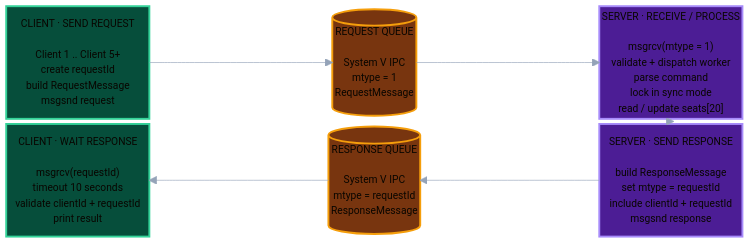
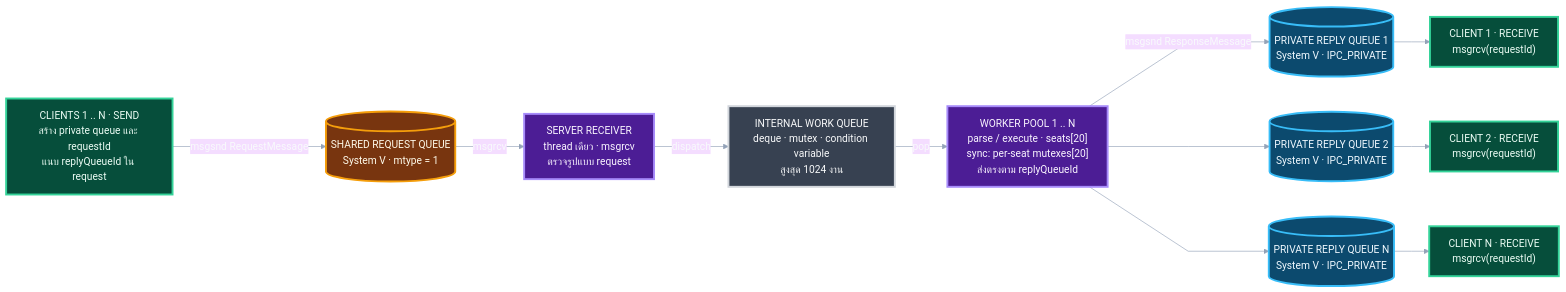
One commit to vixvify/airplane-booking changed the diagram in docs/architecture.md. Above: the diagram before and after it, drawn with Mermaid. The commit also changed other lines of this file and 17 other files, not shown here.

First line of the commit message:
Refactor IPC mechanism to use private reply queues for client responses

````diff
--- a/docs/architecture.md
+++ b/docs/architecture.md
@@ -9,30 +7,37 @@
 ```mermaid
-%%{init: {"theme": "base", "themeVariables": {"background": "#111827", "primaryTextColor": "#f8fafc", "lineColor": "#94a3b8", "fontFamily": "Arial"}}}%%
-block-beta
-    columns 5
+%%{init: {"theme": "base", "flowchart": {"curve": "linear", "nodeSpacing": 55, "rankSpacing": 55}, "themeVariables": {"background": "#111827", "primaryTextColor": "#f8fafc", "lineColor": "#94a3b8", "fontFamily": "Arial"}}}%%
+flowchart LR
+    SEND["CLIENTS 1 .. N · SEND<br/>สร้าง private queue และ requestId<br/>แนบ replyQueueId ใน request"]
+    REQUEST[("SHARED REQUEST QUEUE<br/>System V · mtype = 1")]
+    RECEIVER["SERVER RECEIVER<br/>thread เดียว · msgrcv<br/>ตรวจรูปแบบ request"]
+    WORK_QUEUE["INTERNAL WORK QUEUE<br/>deque · mutex · condition variable<br/>สูงสุด 1024 งาน"]
+    WORKERS["WORKER POOL 1 .. N<br/>parse / execute · seats[20]<br/>sync: per-seat mutexes[20]<br/>ส่งตรงตาม replyQueueId"]
+    Q1[("PRIVATE REPLY QUEUE 1<br/>System V · IPC_PRIVATE")]
+    Q2[("PRIVATE REPLY QUEUE 2<br/>System V · IPC_PRIVATE")]
+    QN[("PRIVATE REPLY QUEUE N<br/>System V · IPC_PRIVATE")]
+    C1["CLIENT 1 · RECEIVE<br/>msgrcv(requestId)"]
+    C2["CLIENT 2 · RECEIVE<br/>msgrcv(requestId)"]
+    CN["CLIENT N · RECEIVE<br/>msgrcv(requestId)"]
 
-    CLIENT_SEND["CLIENT · SEND REQUEST<br/><br/>Client 1 .. Client 5+<br/>create requestId<br/>build RequestMessage<br/>msgsnd request"]
-    space
-    REQUEST[("REQUEST QUEUE<br/><br/>System V IPC<br/>mtype = 1<br/>RequestMessage")]
-    space
-    SERVER_PROCESS["SERVER · RECEIVE / PROCESS<br/><br/>msgrcv(mtype = 1)<br/>validate + dispatch worker<br/>parse command<br/>lock in sync mode<br/>read / update seats[20]"]
+    SEND -->|"msgsnd RequestMessage"| REQUEST
+    REQUEST -->|msgrcv| RECEIVER
+    RECEIVER -->|dispatch| WORK_QUEUE
+    WORK_QUEUE -->|pop| WORKERS
+    WORKERS -->|"msgsnd ResponseMessage"| Q1
+    WORKERS --> Q2
+    WORKERS --> QN
+    Q1 --> C1
+    Q2 --> C2
+    QN --> CN
 
-    CLIENT_WAIT["CLIENT · WAIT RESPONSE<br/><br/>msgrcv(requestId)<br/>timeout 10 seconds<br/>validate clientId + requestId<br/>print result"]
-    space
-    RESPONSE[("RESPONSE QUEUE<br/><br/>System V IPC<br/>mtype = requestId<br/>ResponseMessage")]
-    space
-    SERVER_SEND["SERVER · SEND RESPONSE<br/><br/>build ResponseMessage<br/>set mtype = requestId<br/>include clientId + requestId<br/>msgsnd response"]
-
-    CLIENT_SEND --> REQUEST
-    REQUEST --> SERVER_PROCESS
-    SERVER_PROCESS --> SERVER_SEND
-    SERVER_SEND --> RESPONSE
-    RESPONSE --> CLIENT_WAIT
-
-    style CLIENT_SEND fill:#064e3b,stroke:#34d399,color:#ecfdf5,stroke-width:3px
-    style CLIENT_WAIT fill:#064e3b,stroke:#34d399,color:#ecfdf5,stroke-width:3px
-    style REQUEST fill:#78350f,stroke:#f59e0b,color:#fffbeb,stroke-width:3px
-    style RESPONSE fill:#78350f,stroke:#f59e0b,color:#fffbeb,stroke-width:3px
-    style SERVER_PROCESS fill:#4c1d95,stroke:#a78bfa,color:#faf5ff,stroke-width:3px
-    style SERVER_SEND fill:#4c1d95,stroke:#a78bfa,color:#faf5ff,stroke-width:3px
+    classDef server fill:#4c1d95,stroke:#a78bfa,color:#faf5ff,stroke-width:3px
+    classDef request fill:#78350f,stroke:#f59e0b,color:#fffbeb,stroke-width:3px
+    classDef internal fill:#374151,stroke:#d1d5db,color:#f9fafb,stroke-width:3px
+    classDef reply fill:#0c4a6e,stroke:#38bdf8,color:#f0f9ff,stroke-width:3px
+    classDef client fill:#064e3b,stroke:#34d399,color:#ecfdf5,stroke-width:3px
+    class RECEIVER,WORKERS server
+    class REQUEST request
+    class WORK_QUEUE internal
+    class Q1,Q2,QN reply
+    class SEND,C1,C2,CN client
 ```
````
